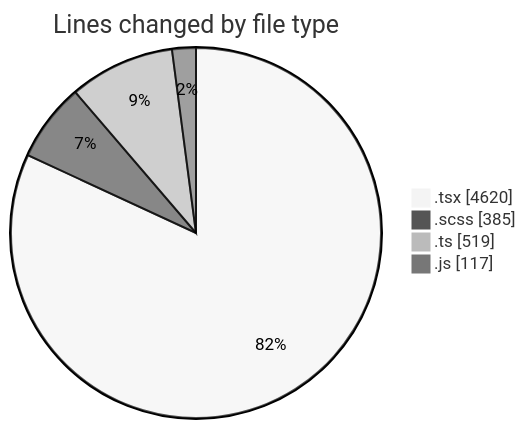
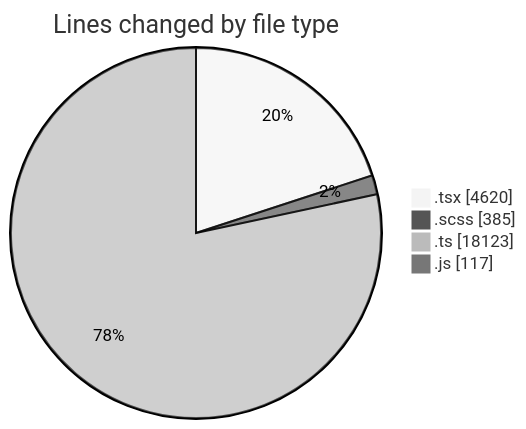
The first of 2 diagrams in 2025-06-17/cda/README.md (momahboobian/code-tracking), drawn with Mermaid (neutral theme) before and after one commit. The commit also changed other lines of this file and 1 other file, not shown here.

````diff
--- a/2025-06-17/cda/README.md
+++ b/2025-06-17/cda/README.md
@@ -37,8 +41,8 @@
 ```mermaid
 pie showData
 title Lines changed by file type
 ".tsx" : 4620
 ".scss" : 385
-".ts" : 519
+".ts" : 18123
 ".js" : 117
 ```
````
